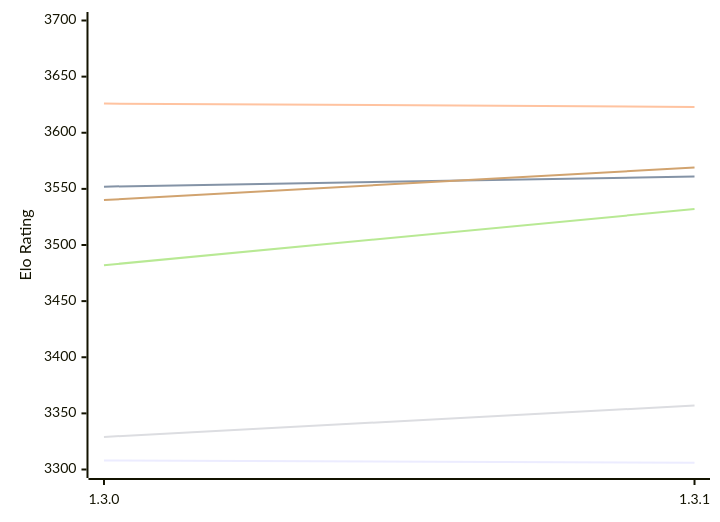
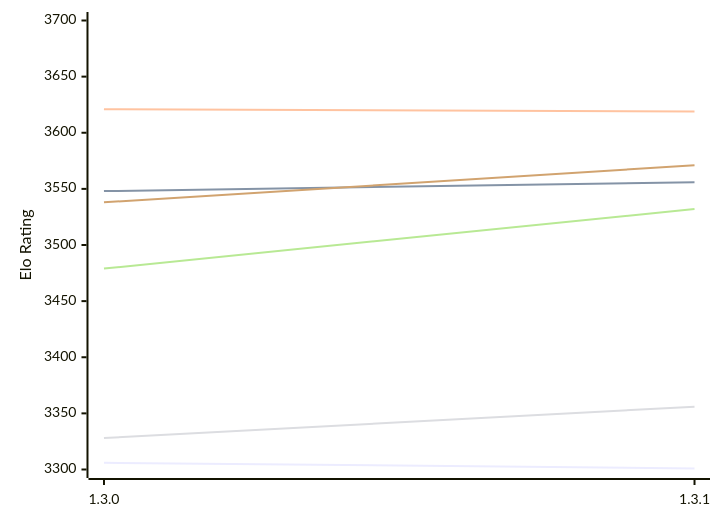
Before and after one commit to computer-chess-index/cci: the first of 2 diagrams in engines/Renegade.md, drawn with Mermaid. The commit also changed other lines of this file, not shown here.

Commit message:
Update CCI Ratings (ELO VLTC) - 2026-11-26

````diff
--- a/engines/Renegade.md
+++ b/engines/Renegade.md
@@ -50,12 +50,12 @@
 ```mermaid
 %%{init: {"theme":"base","themeVariables":{"seriesColors:['#a3a3a3','#222221','#faa371']}}}%%
 xychart-beta
   x-axis ["1.3.0", "1.3.1"]
   y-axis "Elo Rating" 3300 --> 3700
-  line "E1: STC (8.0+0.08s)" [3308, 3306]
-  line "E1: LTC (60.0+0.60s)" [3552, 3561]
-  line "E1: VLTC (2m24s+1.12s)" [3626, 3623]
-  line "P1: STC (8.0+0.08s)" [3329, 3357]
-  line "P1: LTC (60.0+0.60s)" [3482, 3532]
-  line "P1: VLTC (2m24s+1.12s)" [3540, 3569]
+  line "E1: STC (8.0+0.08s)" [3306, 3301]
+  line "E1: LTC (60.0+0.60s)" [3548, 3556]
+  line "E1: VLTC (2m24s+1.12s)" [3621, 3619]
+  line "P1: STC (8.0+0.08s)" [3328, 3356]
+  line "P1: LTC (60.0+0.60s)" [3479, 3532]
+  line "P1: VLTC (2m24s+1.12s)" [3538, 3571]
 ```
````
